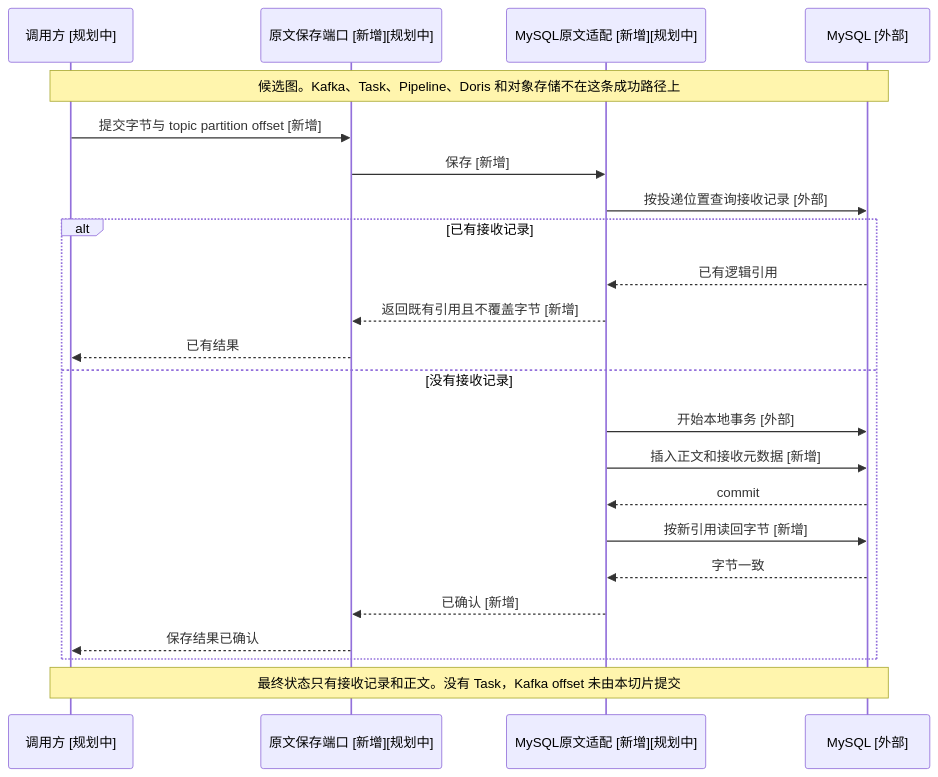
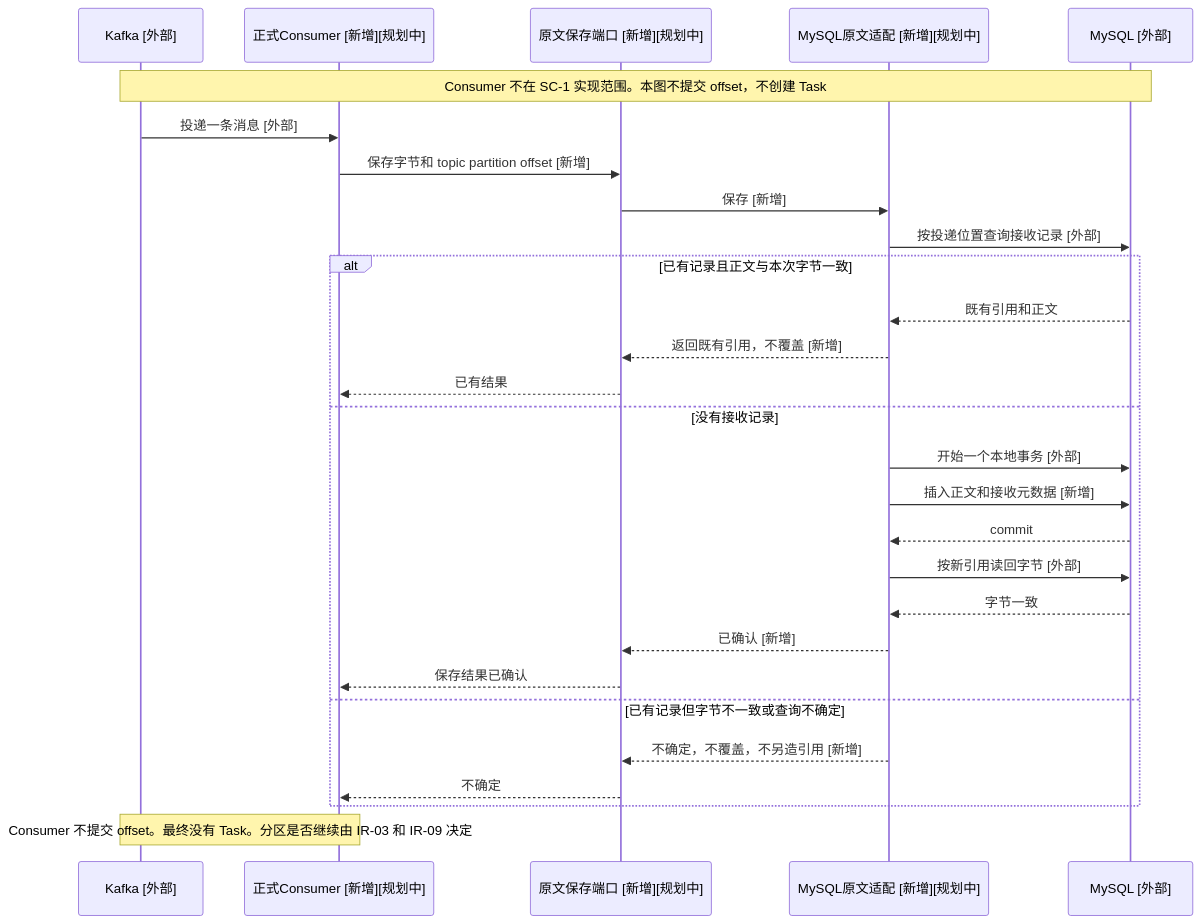
Before and after one commit to david606/mtx-data-platform: the third of 7 diagrams in docs/development/IR-15-正式原文保存介质与保留策略专项决策准备.md, drawn with Mermaid. The commit also changed other lines of this file, not shown here.

````diff
--- a/docs/development/IR-15-正式原文保存介质与保留策略专项决策准备.md
+++ b/docs/development/IR-15-正式原文保存介质与保留策略专项决策准备.md
@@ -395,27 +471,32 @@
 ```mermaid
 sequenceDiagram
-    participant Caller as 调用方 [规划中]
+    participant Kafka as Kafka [外部]
+    participant Cons as 正式Consumer [新增][规划中]
     participant Port as 原文保存端口 [新增][规划中]
     participant Adapt as MySQL原文适配 [新增][规划中]
     participant DB as MySQL [外部]
 
-    Note over Caller,DB: 候选图。Kafka、Task、Pipeline、Doris 和对象存储不在这条成功路径上
+    Note over Kafka,DB: Consumer 不在 SC-1 实现范围。本图不提交 offset，不创建 Task
 
-    Caller->>Port: 提交字节与 topic partition offset [新增]
+    Kafka->>Cons: 投递一条消息 [外部]
+    Cons->>Port: 保存字节和 topic partition offset [新增]
     Port->>Adapt: 保存 [新增]
     Adapt->>DB: 按投递位置查询接收记录 [外部]
-    alt 已有接收记录
-        DB-->>Adapt: 已有逻辑引用
-        Adapt-->>Port: 返回既有引用且不覆盖字节 [新增]
-        Port-->>Caller: 已有结果
+    alt 已有记录且正文与本次字节一致
+        DB-->>Adapt: 既有引用和正文
+        Adapt-->>Port: 返回既有引用，不覆盖 [新增]
+        Port-->>Cons: 已有结果
     else 没有接收记录
-        Adapt->>DB: 开始本地事务 [外部]
+        Adapt->>DB: 开始一个本地事务 [外部]
         Adapt->>DB: 插入正文和接收元数据 [新增]
         DB-->>Adapt: commit
-        Adapt->>DB: 按新引用读回字节 [新增]
+        Adapt->>DB: 按新引用读回字节 [外部]
         DB-->>Adapt: 字节一致
         Adapt-->>Port: 已确认 [新增]
-        Port-->>Caller: 保存结果已确认
+        Port-->>Cons: 保存结果已确认
+    else 已有记录但字节不一致或查询不确定
+        Adapt-->>Port: 不确定，不覆盖，不另造引用 [新增]
+        Port-->>Cons: 不确定
     end
-    Note over Caller,DB: 最终状态只有接收记录和正文。没有 Task，Kafka offset 未由本切片提交
+    Note over Cons,Kafka: Consumer 不提交 offset。最终没有 Task。分区是否继续由 IR-03 和 IR-09 决定
 ```
````
